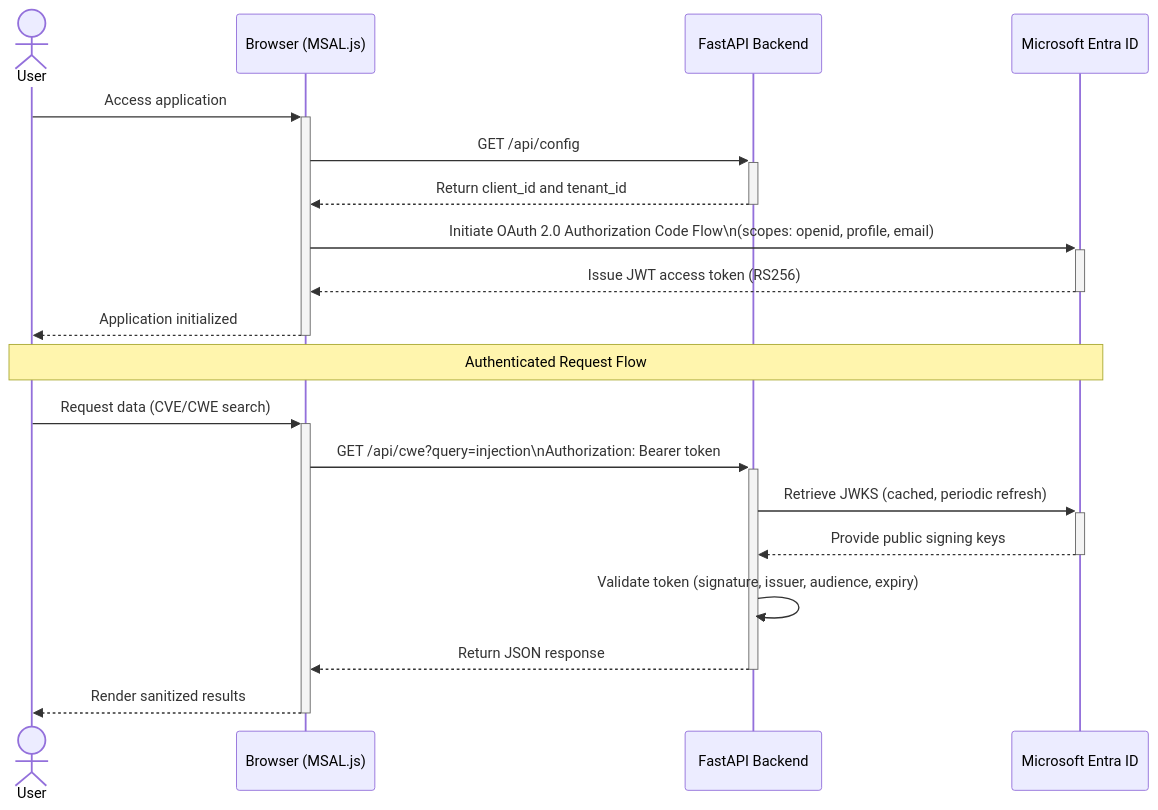
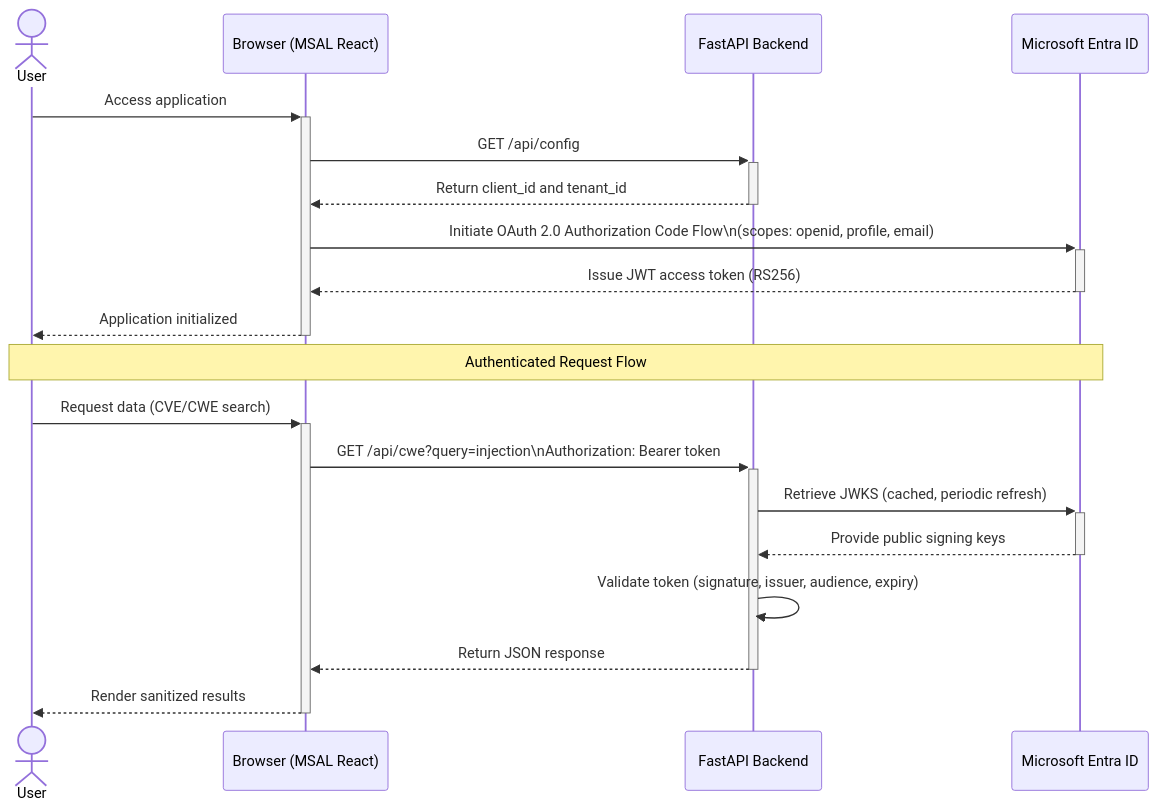
One commit to reonbritto/test-proj changed the third of 5 diagrams in README.md. Above: the diagram before and after it, drawn with Mermaid. The commit also changed other lines of this file and 79 other files, not shown here.

````diff
--- a/README.md
+++ b/README.md
@@ -196,27 +196,27 @@
 ```mermaid
 sequenceDiagram
     actor User as User
-    participant FE as Browser (MSAL.js)
+    participant FE as Browser (MSAL React)
     participant API as FastAPI Backend
     participant AZ as Microsoft Entra ID
 
     User->>+FE: Access application
     FE->>+API: GET /api/config
     API-->>-FE: Return client_id and tenant_id
 
     FE->>+AZ: Initiate OAuth 2.0 Authorization Code Flow\n(scopes: openid, profile, email)
     AZ-->>-FE: Issue JWT access token (RS256)
     FE-->>-User: Application initialized
 
     Note over User,AZ: Authenticated Request Flow
 
     User->>+FE: Request data (CVE/CWE search)
     FE->>+API: GET /api/cwe?query=injection\nAuthorization: Bearer token
 
     API->>+AZ: Retrieve JWKS (cached, periodic refresh)
     AZ-->>-API: Provide public signing keys
 
     API->>API: Validate token (signature, issuer, audience, expiry)
     API-->>-FE: Return JSON response
     FE-->>-User: Render sanitized results
 ```
````
